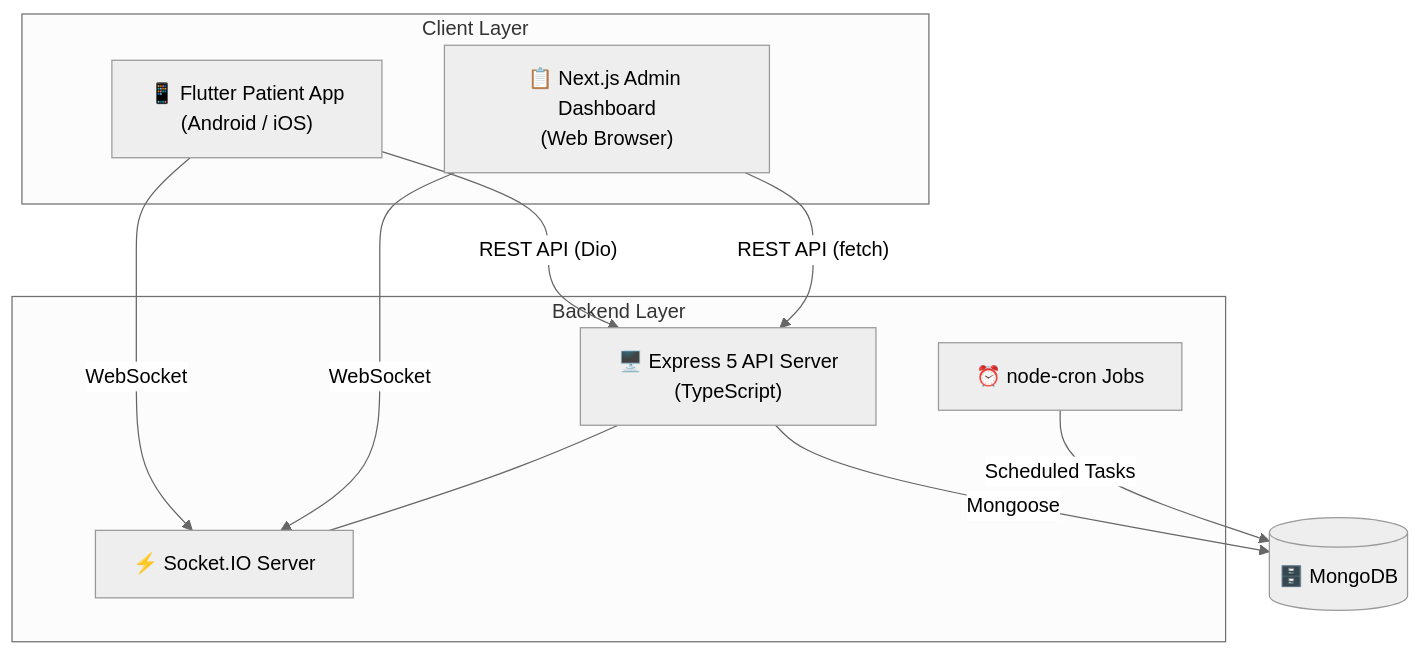
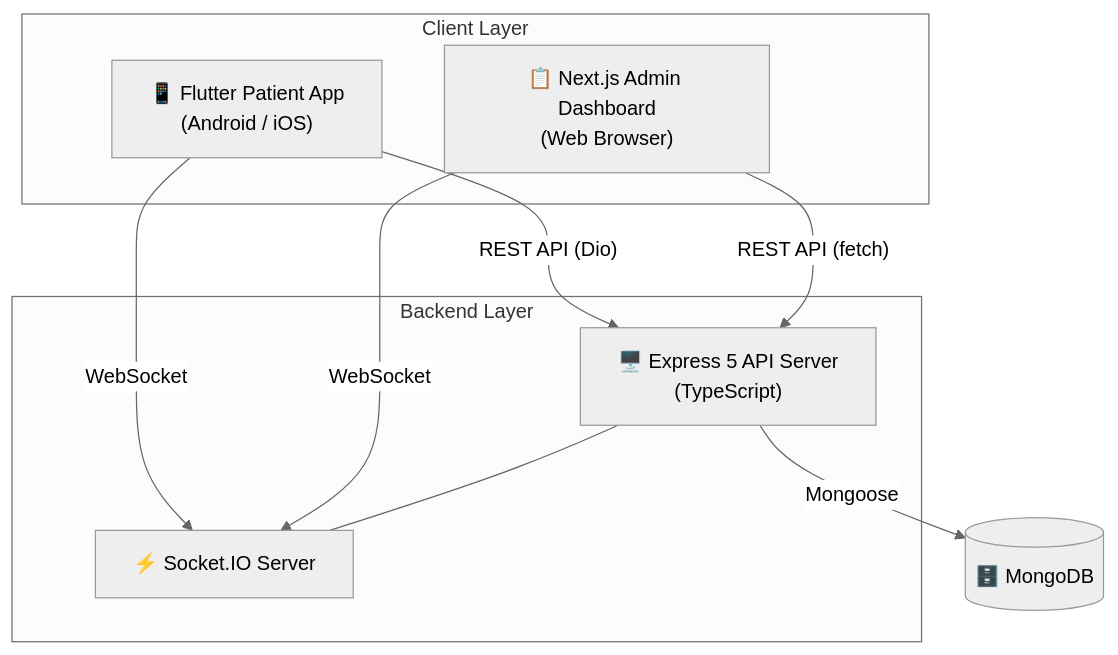
Before and after one commit to Vihangpatil37/NGO: the diagram in README.md, drawn with Mermaid (neutral theme). The commit also changed other lines of this file and 7 other files, not shown here.

````diff
--- a/README.md
+++ b/README.md
@@ -53,23 +52,21 @@
 ```mermaid
 graph TB
     subgraph Client["Client Layer"]
         PA["📱 Flutter Patient App<br/>(Android / iOS)"]
         AD["📋 Next.js Admin Dashboard<br/>(Web Browser)"]
     end
 
     subgraph Server["Backend Layer"]
         API["🖥️ Express 5 API Server<br/>(TypeScript)"]
         WS["⚡ Socket.IO Server"]
-        CRON["⏰ node-cron Jobs"]
     end
 
     DB[("🗄️ MongoDB")]
 
     PA -- "REST API (Dio)" --> API
     PA -- "WebSocket" --> WS
     AD -- "REST API (fetch)" --> API
     AD -- "WebSocket" --> WS
     API -- "Mongoose" --> DB
-    CRON -- "Scheduled Tasks" --> DB
     API --- WS
 ```
````
